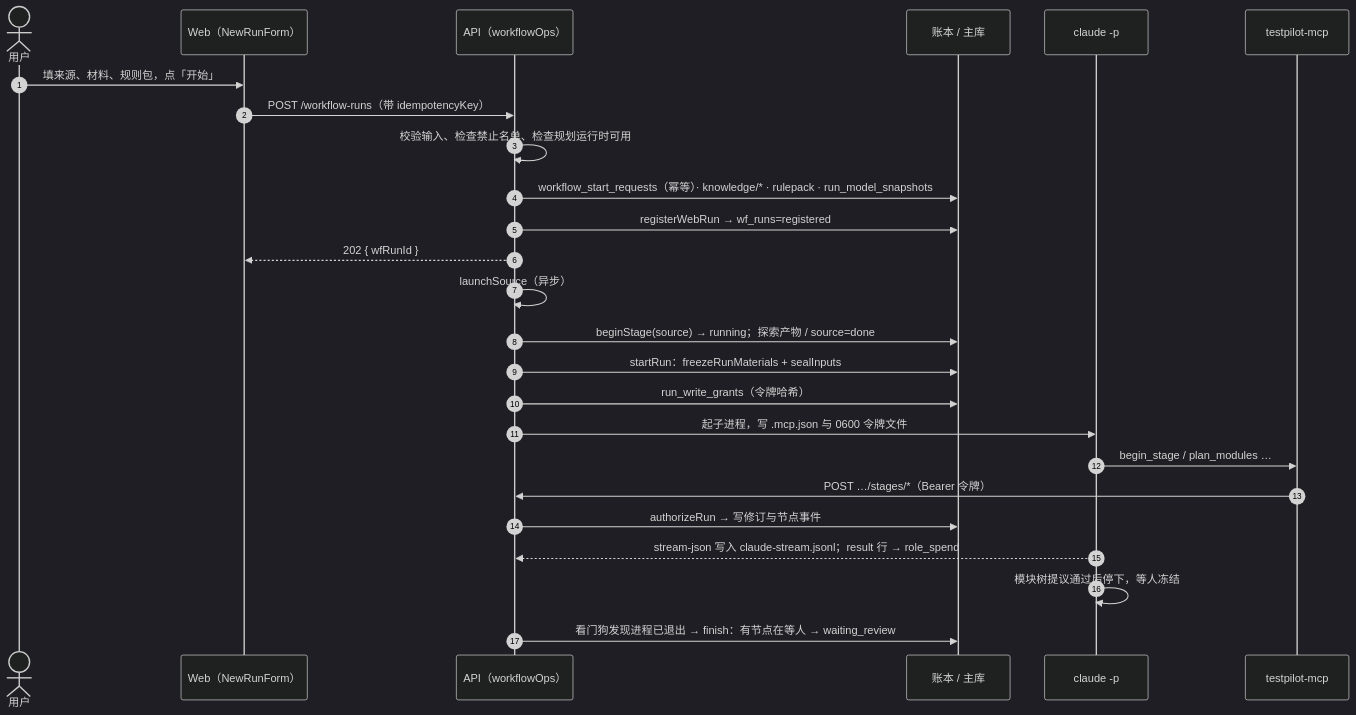
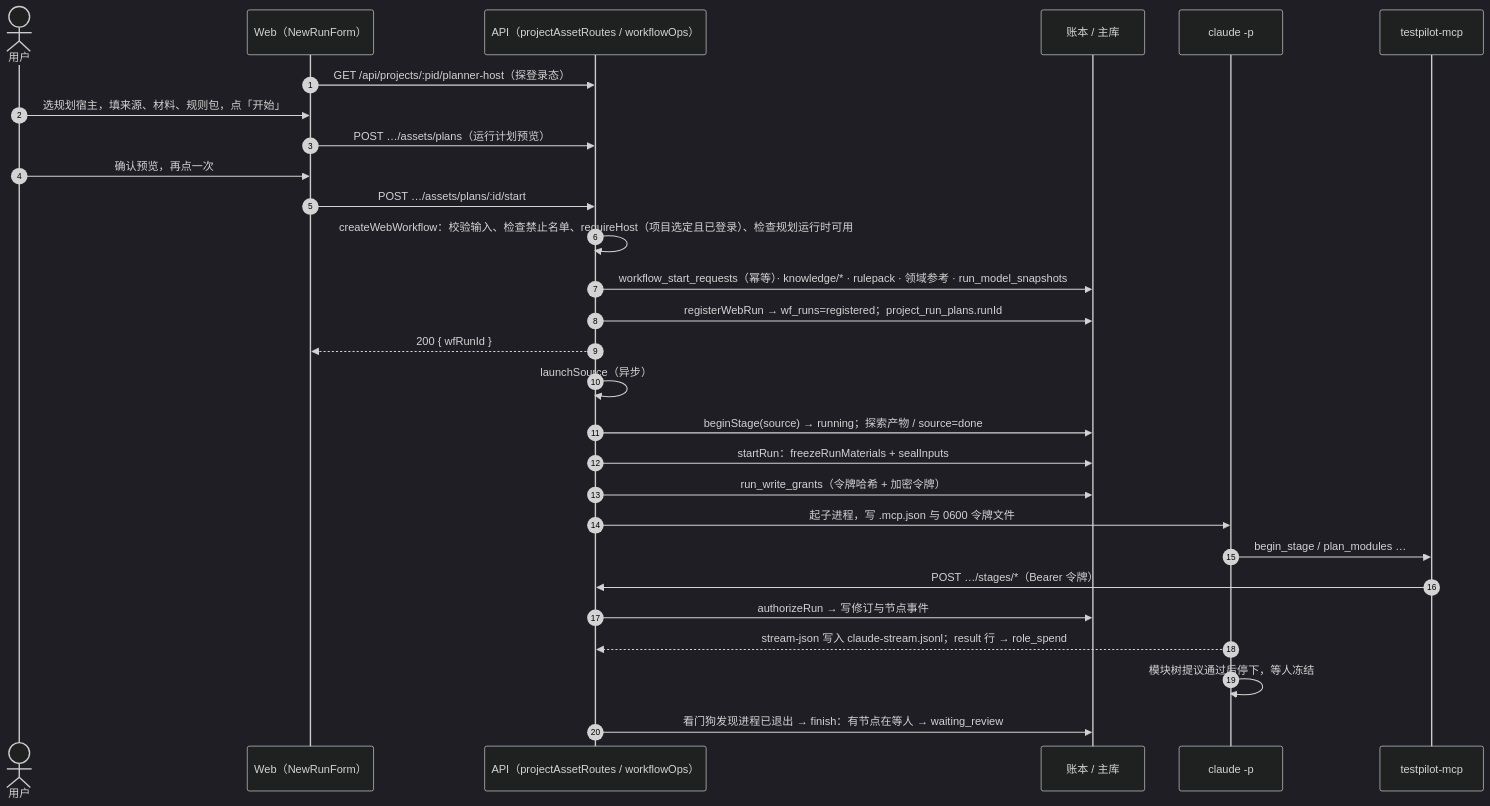
Before and after one commit to zyonlab/TestPilot: the third of 8 diagrams in docs/v3/02-工作流-横向与纵向.md, drawn with Mermaid (dark theme). The commit also changed other lines of this file and 94 other files, not shown here.

````diff
--- a/docs/v3/02-工作流-横向与纵向.md
+++ b/docs/v3/02-工作流-横向与纵向.md
@@ -176,27 +194,30 @@
 ```mermaid
 sequenceDiagram
   autonumber
   actor U as 用户
   participant W as Web（NewRunForm）
-  participant A as API（workflowOps）
+  participant A as API（projectAssetRoutes / workflowOps）
   participant L as 账本 / 主库
   participant C as claude -p
   participant M as testpilot-mcp
-  U->>W: 填来源、材料、规则包，点「开始」
-  W->>A: POST /workflow-runs（带 idempotencyKey）
-  A->>A: 校验输入、检查禁止名单、检查规划运行时可用
-  A->>L: workflow_start_requests（幂等）· knowledge/* · rulepack · run_model_snapshots
-  A->>L: registerWebRun → wf_runs=registered
-  A-->>W: 202 { wfRunId }
+  W->>A: GET /api/projects/:pid/planner-host（探登录态）
+  U->>W: 选规划宿主，填来源、材料、规则包，点「开始」
+  W->>A: POST …/assets/plans（运行计划预览）
+  U->>W: 确认预览，再点一次
+  W->>A: POST …/assets/plans/:id/start
+  A->>A: createWebWorkflow：校验输入、检查禁止名单、requireHost（项目选定且已登录）、检查规划运行时可用
+  A->>L: workflow_start_requests（幂等）· knowledge/* · rulepack · 领域参考 · run_model_snapshots
+  A->>L: registerWebRun → wf_runs=registered；project_run_plans.runId
+  A-->>W: 200 { wfRunId }
   A->>A: launchSource（异步）
   A->>L: beginStage(source) → running；探索产物 / source=done
   A->>L: startRun：freezeRunMaterials + sealInputs
-  A->>L: run_write_grants（令牌哈希）
+  A->>L: run_write_grants（令牌哈希 + 加密令牌）
   A->>C: 起子进程，写 .mcp.json 与 0600 令牌文件
   C->>M: begin_stage / plan_modules …
   M->>A: POST …/stages/*（Bearer 令牌）
   A->>L: authorizeRun → 写修订与节点事件
   C-->>A: stream-json 写入 claude-stream.jsonl；result 行 → role_spend
   C->>C: 模块树提议通过后停下，等人冻结
   A->>L: 看门狗发现进程已退出 → finish：有节点在等人 → waiting_review
 ```
````
